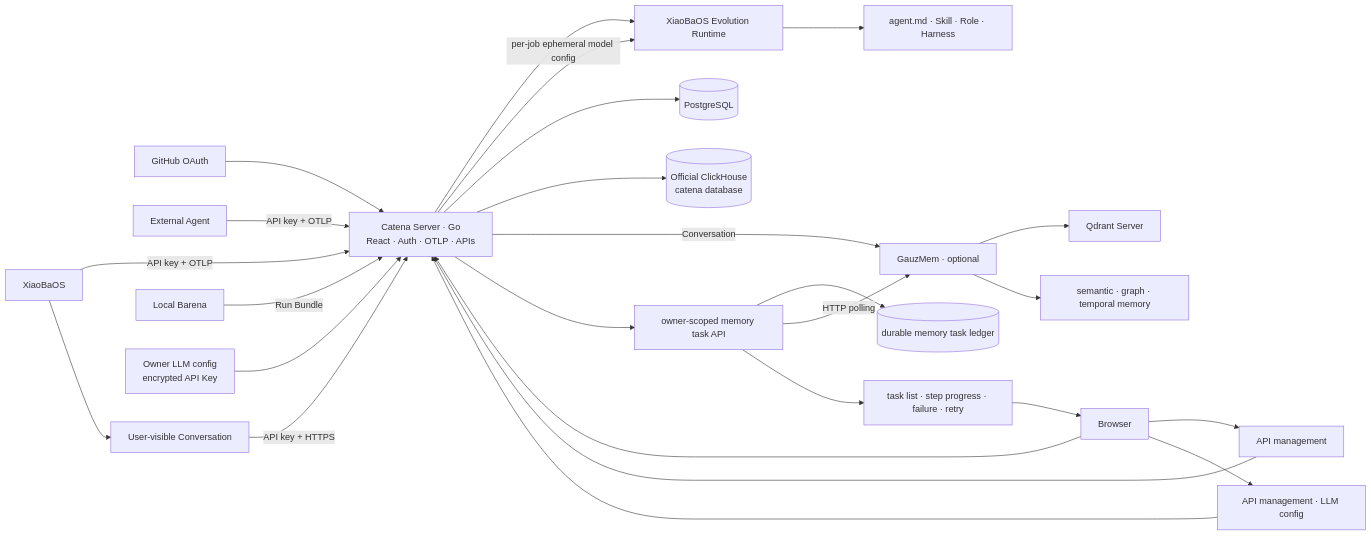
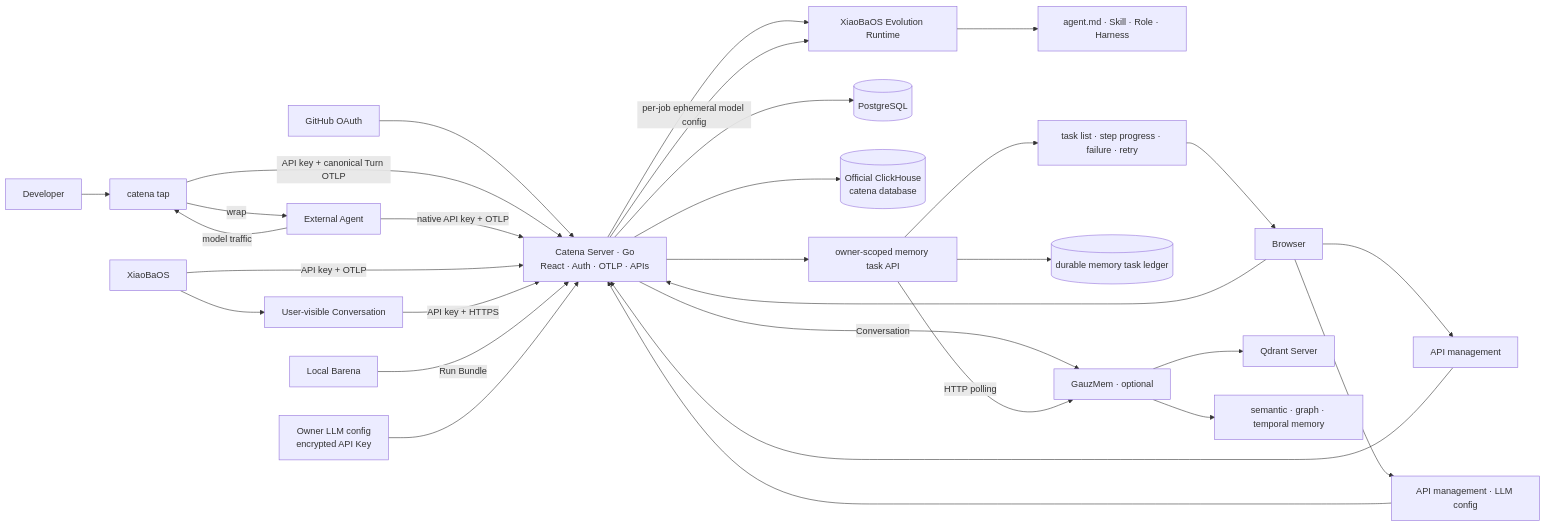
The first of 2 diagrams in SPEC.md (fightheyyy/CATENA), drawn with Mermaid before and after one commit. The commit also changed other lines of this file and 20 other files, not shown here.

Commit message:
feat: add canonical agent runtime capture

````diff
--- a/SPEC.md
+++ b/SPEC.md
@@ -26,28 +29,32 @@
 ```mermaid
 flowchart LR
     GitHub["GitHub OAuth"] --> Go
     Browser["Browser"] --> Go["Catena Server · Go<br/>React · Auth · OTLP · APIs"]
-    Runtime["External Agent"] -->|"API key + OTLP"| Go
+    Developer["Developer"] --> Tap["catena tap"]
+    Tap -->|"wrap"| Runtime["External Agent"]
+    Runtime -->|"model traffic"| Tap
+    Tap -->|"API key + canonical Turn OTLP"| Go
+    Runtime -->|"native API key + OTLP"| Go
     XiaoBa["XiaoBaOS"] -->|"API key + OTLP"| Go
     XiaoBa --> Conversation["User-visible Conversation"]
     Conversation -->|"API key + HTTPS"| Go
     Barena["Local Barena"] -->|"Run Bundle"| Go
     Go --> Runner["XiaoBaOS Evolution Runtime"]
     OwnerModel["Owner LLM config<br/>encrypted API Key"] --> Go
     Go -->|"per-job ephemeral model config"| Runner
     Runner --> Asset["agent.md · Skill · Role · Harness"]
     Go --> PG[("PostgreSQL")]
     Go --> CH[("Official ClickHouse<br/>catena database")]
     Go -->|"Conversation"| Memory["GauzMem · optional"]
     Go --> TaskAPI["owner-scoped memory task API"]
     TaskAPI --> TaskLedger[("durable memory task ledger")]
     TaskAPI -->|"HTTP polling"| Memory
     Memory --> Vector["Qdrant Server"]
     TaskAPI --> Progress["task list · step progress · failure · retry"]
     Progress --> Browser
     Memory --> Recall["semantic · graph · temporal memory"]
     Browser --> Keys["API management"]
     Browser --> ModelSettings["API management · LLM config"]
     ModelSettings --> Go
     Keys --> Go
 ```
````
